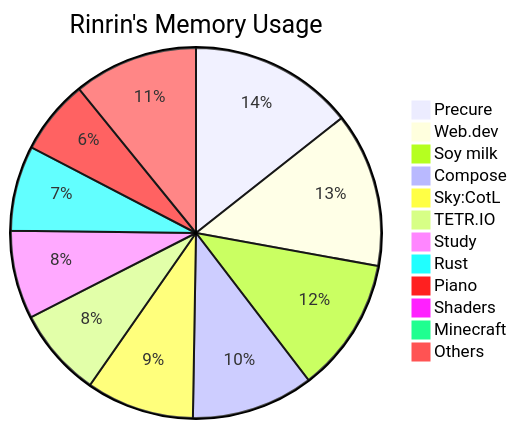
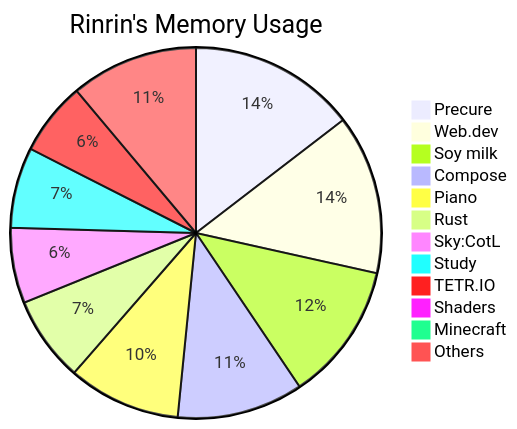
One commit to Rinrin0413/Rinrin0413 changed the diagram in README.md. Above: the diagram before and after it, drawn with Mermaid.

Commit message:
🛠 Update: Rinrin's Memory Usage

````diff
--- a/README.md
+++ b/README.md
@@ -76,15 +76,15 @@
 ```mermaid
 pie title Rinrin's Memory Usage
-    "Precure": 593
-    "Web.dev": 557
-    "Soy milk": 485
-    "Compose": 440
-    "Sky:CotL": 389
-    "TETR.IO": 322
-    "Study": 318
-    "Rust": 307
-    "Piano": 269
-    "Shaders": 40
-    "Minecraft": 36
-    "Others": 448
+    "Precure": 590
+    "Web.dev": 563
+    "Soy milk": 489
+    "Compose": 446
+    "Piano": 398
+    "Rust": 302
+    "Sky:CotL": 266
+    "Study": 285
+    "TETR.IO": 259
+    "Shaders": 38
+    "Minecraft": 32
+    "Others": 450
 ```
````
